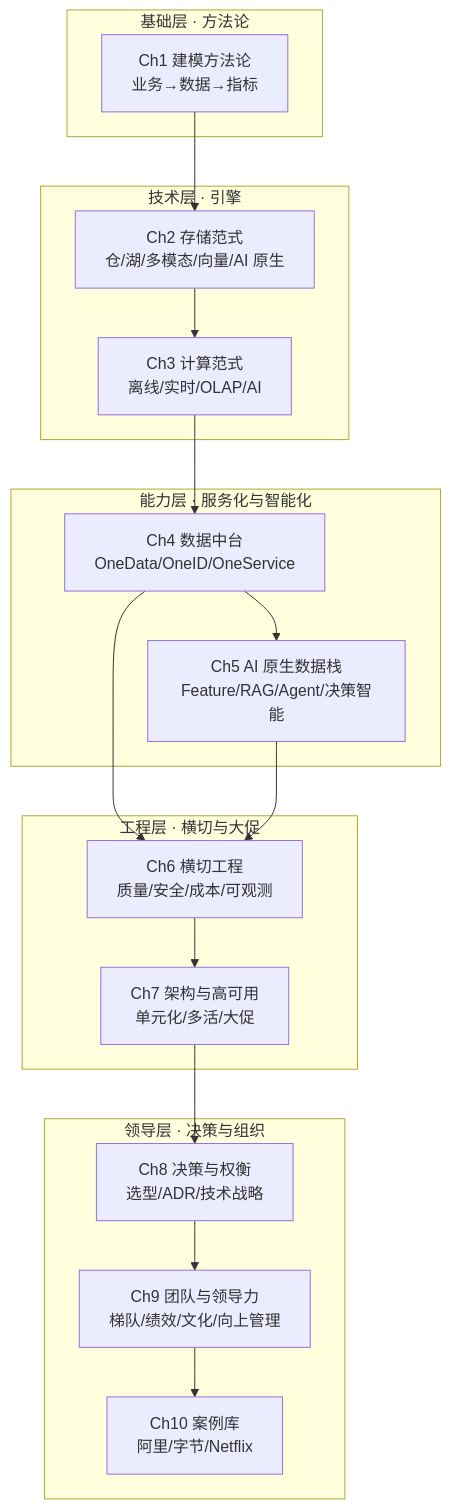
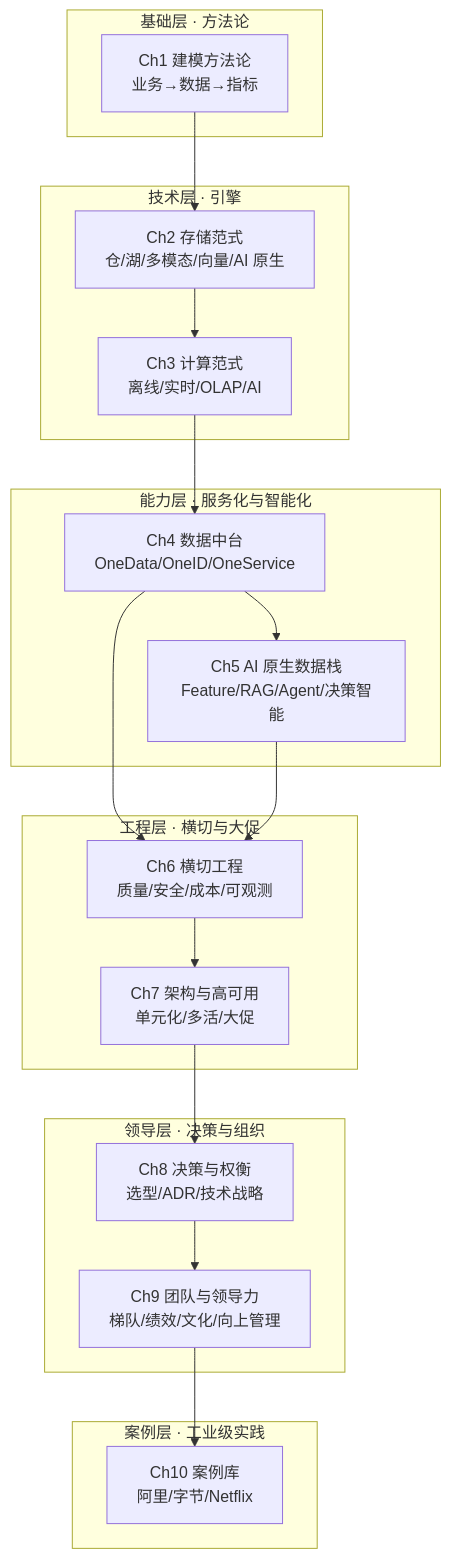
One commit to QuanhongDing/data-travel changed the diagram in 00-introduction/README.md. Above: the diagram before and after it, drawn with Mermaid. The commit also changed 3 other files, not shown here.

First line of the commit message:
docs: fix broken cross-chapter links and complete chapter diagram

````diff
--- a/00-introduction/README.md
+++ b/00-introduction/README.md
@@ -33,30 +33,32 @@
 ```mermaid
 flowchart TB
   subgraph 基础层["基础层 · 方法论"]
     A["Ch1 建模方法论<br/>业务→数据→指标"]
   end
   subgraph 技术层["技术层 · 引擎"]
     B["Ch2 存储范式<br/>仓/湖/多模态/向量/AI 原生"]
     C["Ch3 计算范式<br/>离线/实时/OLAP/AI"]
   end
   subgraph 能力层["能力层 · 服务化与智能化"]
     D["Ch4 数据中台<br/>OneData/OneID/OneService"]
     E["Ch5 AI 原生数据栈<br/>Feature/RAG/Agent/决策智能"]
   end
   subgraph 工程层["工程层 · 横切与大促"]
     F["Ch6 横切工程<br/>质量/安全/成本/可观测"]
     G["Ch7 架构与高可用<br/>单元化/多活/大促"]
   end
   subgraph 领导层["领导层 · 决策与组织"]
     H["Ch8 决策与权衡<br/>选型/ADR/技术战略"]
     I["Ch9 团队与领导力<br/>梯队/绩效/文化/向上管理"]
+  end
+  subgraph 案例层["案例层 · 工业级实践"]
     J["Ch10 案例库<br/>阿里/字节/Netflix"]
   end
   A --> B --> C --> D --> E
   D --> F
   E --> F
   F --> G
   G --> H
   H --> I
   I --> J
 ```
````
